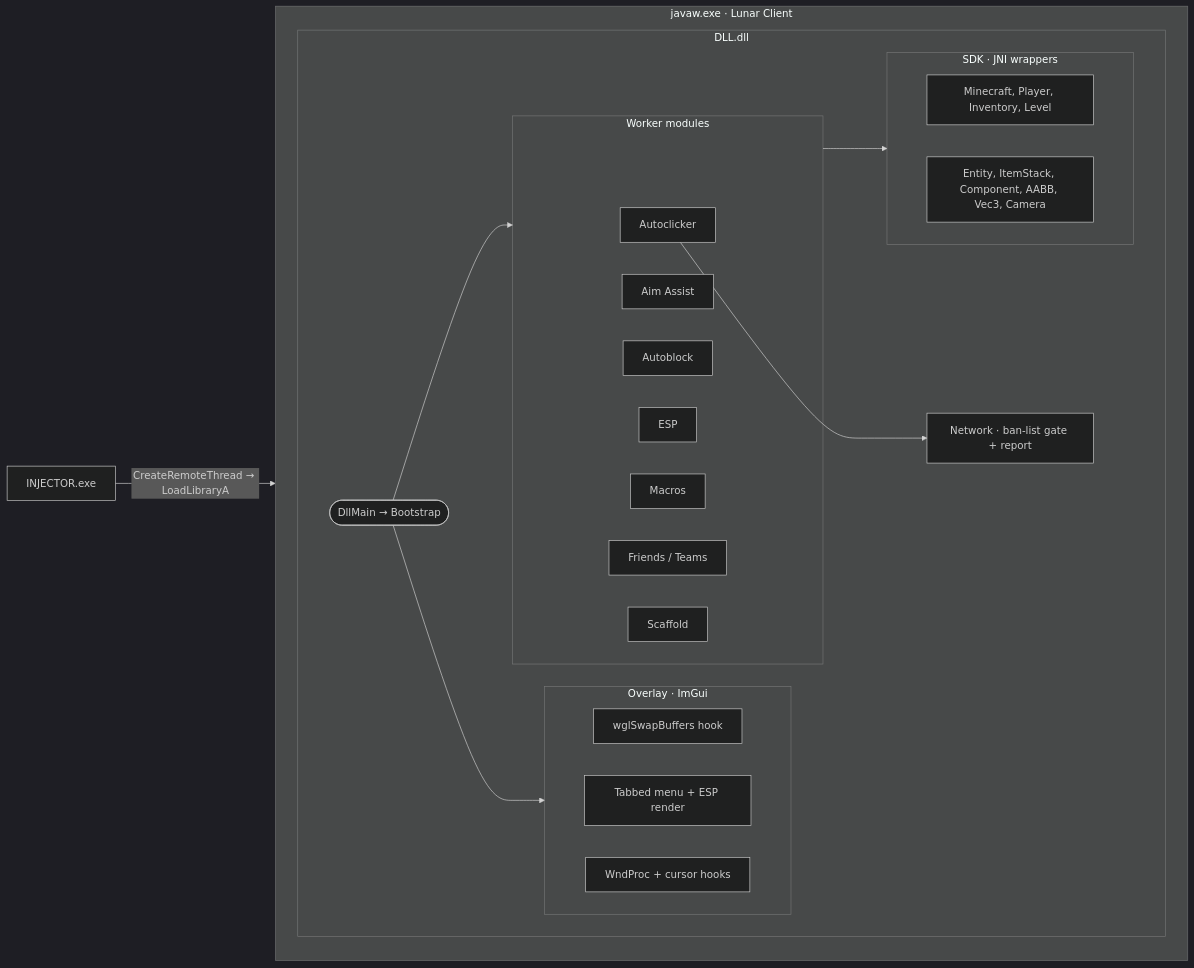
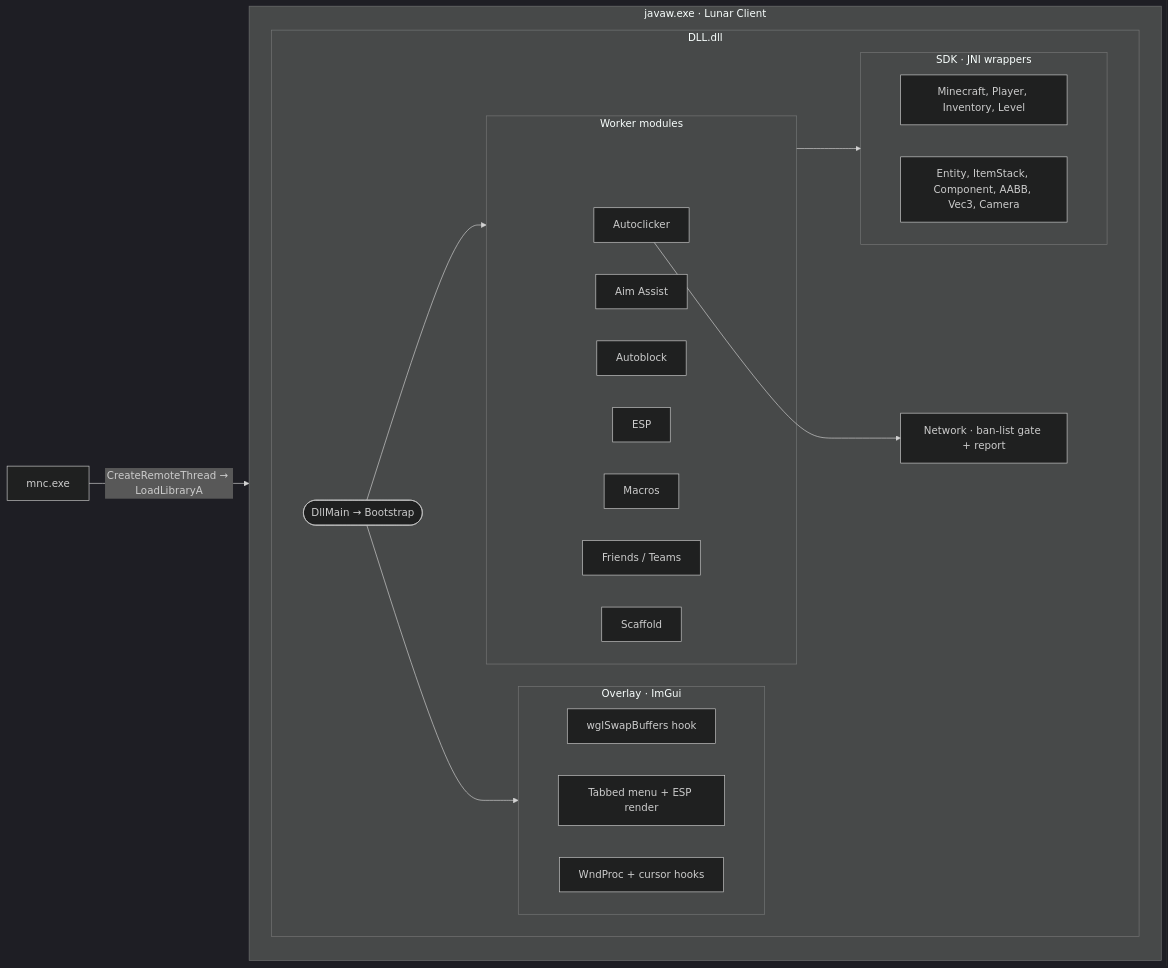
One commit to expires/autoclicker changed the first of 2 diagrams in README.md. Above: the diagram before and after it, drawn with Mermaid (dark theme). The commit also changed other lines of this file and 21 other files, not shown here.

````diff
--- a/README.md
+++ b/README.md
@@ -13,38 +13,38 @@
 ```mermaid
 flowchart LR
-    INJ["INJECTOR.exe"] -->|"CreateRemoteThread → LoadLibraryA"| JVM
+    INJ["mnc.exe"] -->|"CreateRemoteThread → LoadLibraryA"| JVM
 
     subgraph JVM["javaw.exe · Lunar Client"]
         subgraph DLL["DLL.dll"]
             DllMain(["DllMain → Bootstrap"])
 
             subgraph OVL["Overlay · ImGui"]
                 o1["wglSwapBuffers hook"]
                 o2["Tabbed menu + ESP render"]
                 o3["WndProc + cursor hooks"]
             end
 
             subgraph MODS["Worker modules"]
                 m1["Autoclicker"]
                 m2["Aim Assist"]
                 m3["Autoblock"]
                 m4["ESP"]
                 m5["Macros"]
                 m6["Friends / Teams"]
                 m7["Scaffold"]
             end
 
             subgraph SDK["SDK · JNI wrappers"]
                 s1["Minecraft, Player, Inventory, Level"]
                 s2["Entity, ItemStack, Component, AABB, Vec3, Camera"]
             end
 
             NET["Network · ban-list gate + report"]
 
             DllMain --> OVL
             DllMain --> MODS
             MODS --> SDK
             m1 --> NET
         end
     end
 ```
````
